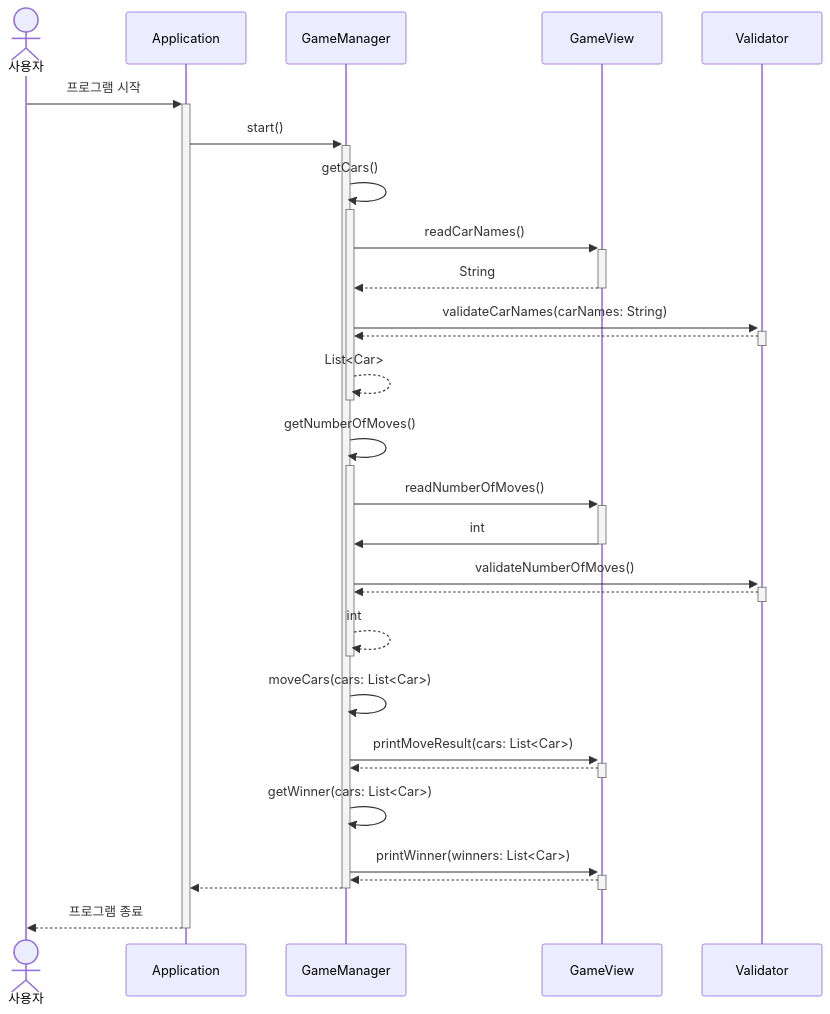
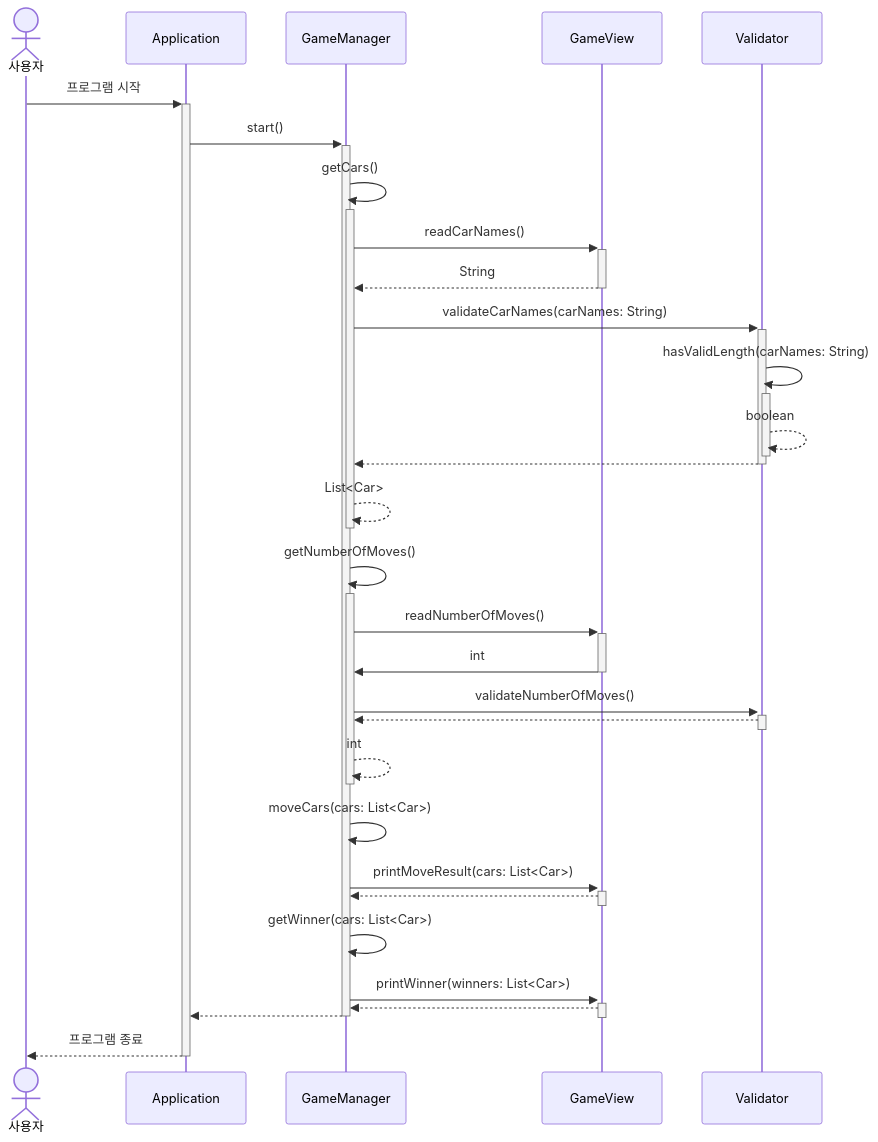
Before and after one commit to woowacourse-precourse/java-racingcar-6: the third of 3 diagrams in docs/README.md, drawn with Mermaid. The commit also changed other lines of this file, not shown here.

Commit message:
docs: adding validate process function for V-01-1

````diff
--- a/docs/README.md
+++ b/docs/README.md
@@ -103,29 +103,31 @@
 ```mermaid
 sequenceDiagram
 	actor 사용자
 	participant Application
 	participant GameManager
 	participant GameView
 	사용자->>+Application: 프로그램 시작
 	Application->>+GameManager: start()
 	GameManager->>+GameManager: getCars()
 	GameManager->>+GameView: readCarNames()
 	GameView-->>-GameManager: String
 	GameManager->>+Validator: validateCarNames(carNames: String)
+	Validator->>+Validator: hasValidLength(carNames: String)
+	Validator-->>-Validator: boolean
 	Validator-->>-GameManager: 
 	GameManager-->>-GameManager: List<Car>
 	GameManager->>+GameManager: getNumberOfMoves()
 	GameManager->>+GameView: readNumberOfMoves()
 	GameView->>-GameManager: int
 	GameManager->>+Validator: validateNumberOfMoves()
 	Validator-->>-GameManager: 
 	GameManager-->>-GameManager: int
 	GameManager->>GameManager: moveCars(cars: List<Car>)
 	GameManager->>+GameView: printMoveResult(cars: List<Car>)
 	GameView-->>-GameManager: 
 	GameManager->>GameManager: getWinner(cars: List<Car>)
 	GameManager->>+GameView: printWinner(winners: List<Car>)
 	GameView-->>-GameManager: 
 	GameManager-->>-Application: 
 	Application-->>-사용자: 프로그램 종료
 ```
````
